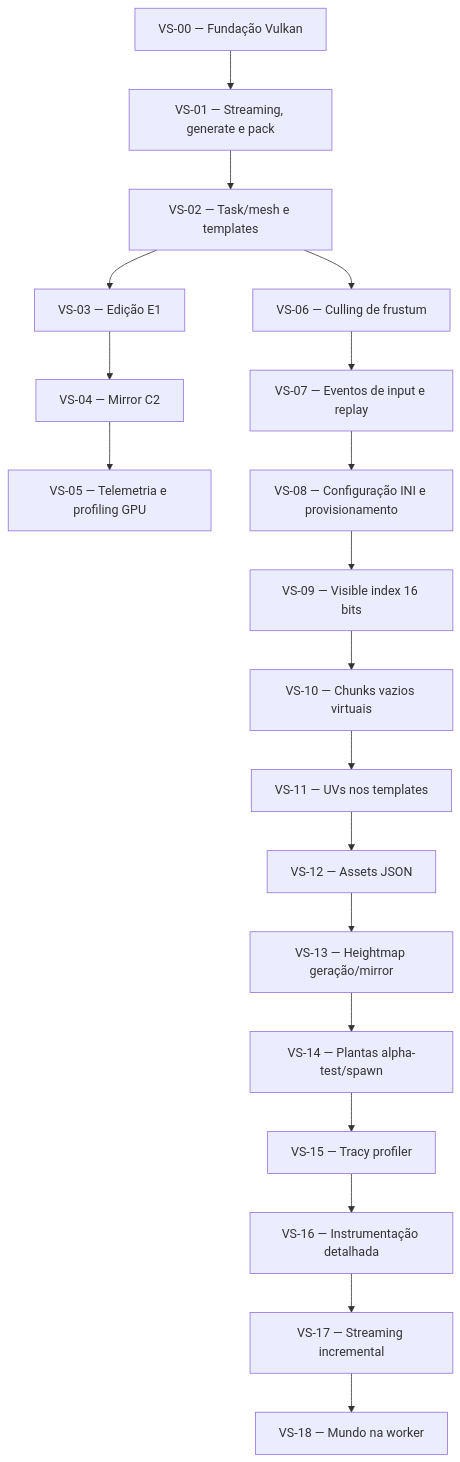
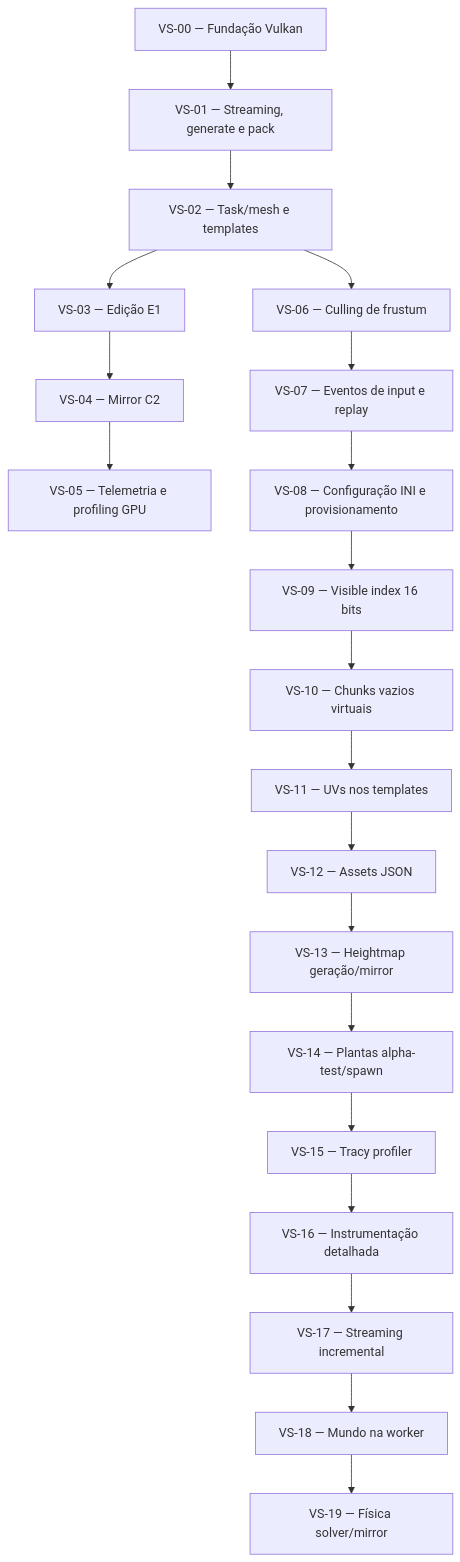
Before and after one commit to Ruannilton/vox: the diagram in docs/obsidian/tracking/dependencias.md, drawn with Mermaid. The commit also changed other lines of this file and 9 other files, not shown here.

Commit message:
VS-19: spec física — solver CPU sobre o mirror (ADR-F1) + tasks

````diff
--- a/docs/obsidian/tracking/dependencias.md
+++ b/docs/obsidian/tracking/dependencias.md
@@ -7,41 +7,43 @@
 ```mermaid
 graph TD
     VS00[VS-00 — Fundação Vulkan]
     VS01[VS-01 — Streaming, generate e pack]
     VS02[VS-02 — Task/mesh e templates]
     VS03[VS-03 — Edição E1]
     VS04[VS-04 — Mirror C2]
     VS05[VS-05 — Telemetria e profiling GPU]
     VS06[VS-06 — Culling de frustum]
     VS07[VS-07 — Eventos de input e replay]
     VS08[VS-08 — Configuração INI e provisionamento]
     VS09[VS-09 — Visible index 16 bits]
     VS10[VS-10 — Chunks vazios virtuais]
     VS11[VS-11 — UVs nos templates]
     VS12[VS-12 — Assets JSON]
     VS13[VS-13 — Heightmap geração/mirror]
     VS14[VS-14 — Plantas alpha-test/spawn]
     VS15[VS-15 — Tracy profiler]
     VS16[VS-16 — Instrumentação detalhada]
     VS17[VS-17 — Streaming incremental]
     VS18[VS-18 — Mundo na worker]
+    VS19[VS-19 — Física solver/mirror]
 
     VS00 --> VS01
     VS01 --> VS02
     VS02 --> VS03
     VS03 --> VS04
     VS04 --> VS05
     VS02 --> VS06
     VS06 --> VS07
     VS07 --> VS08
     VS08 --> VS09
     VS09 --> VS10
     VS10 --> VS11
     VS11 --> VS12
     VS12 --> VS13
     VS13 --> VS14
     VS14 --> VS15
     VS15 --> VS16
     VS16 --> VS17
     VS17 --> VS18
+    VS18 --> VS19
 ```
````
